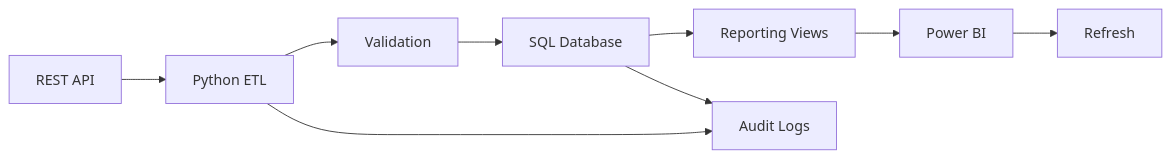
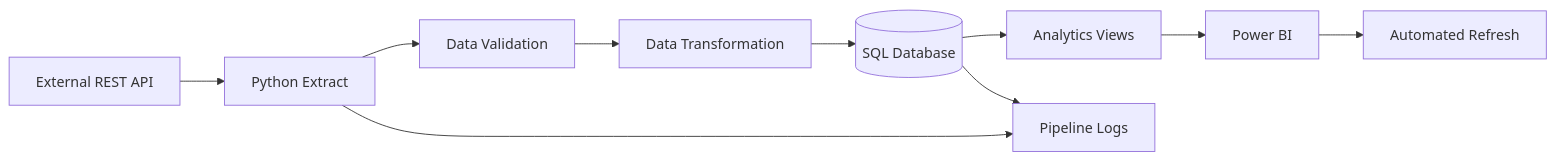
Before and after one commit to sahzad22/automated-data-pipeline-reporting: the diagram in README.md, drawn with Mermaid. The commit also changed other lines of this file, not shown here.

Commit message:
Expand README with complete skills, technology stack, dashboard, architecture and project documentation

````diff
--- a/README.md
+++ b/README.md
@@ -21,11 +81,12 @@
 ```mermaid
 graph LR
-    A[REST API] --> B[Python ETL]
-    B --> C[Validation]
-    C --> D[SQL Database]
-    D --> E[Reporting Views]
-    E --> F[Power BI]
-    F --> G[Refresh]
-    B --> H[Audit Logs]
-    D --> H
+    A[External REST API] --> B[Python Extract]
+    B --> C[Data Validation]
+    C --> D[Data Transformation]
+    D --> E[(SQL Database)]
+    E --> F[Analytics Views]
+    F --> G[Power BI]
+    G --> H[Automated Refresh]
+    B --> I[Pipeline Logs]
+    E --> I
 ```
````
